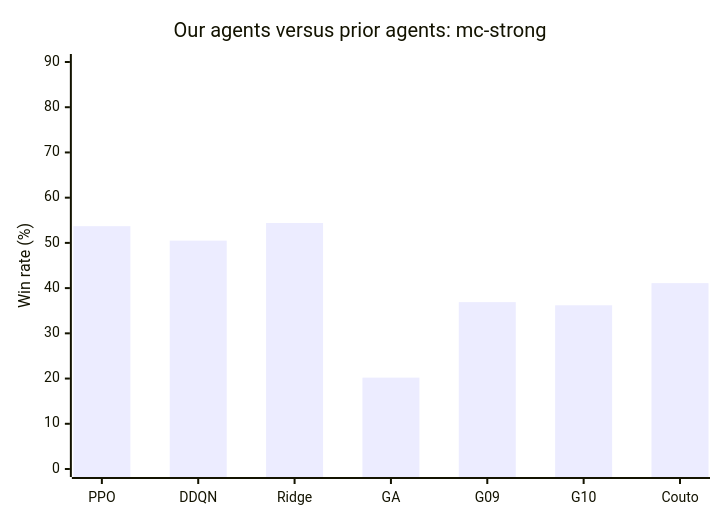
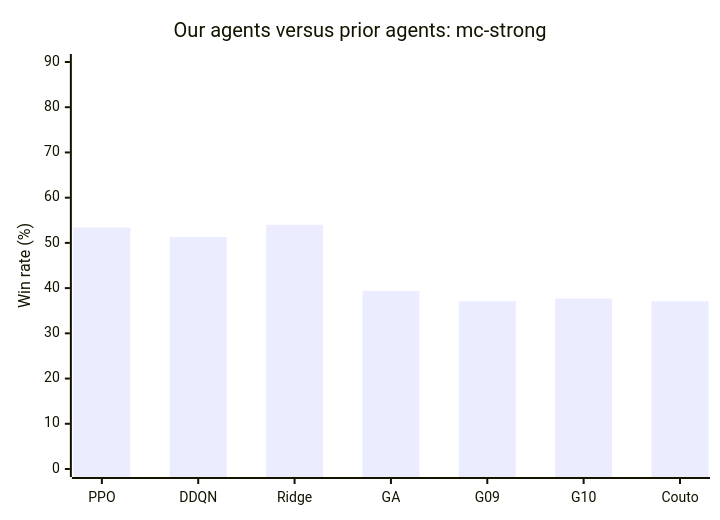
The second of 4 diagrams in README.md (BrianHuangNTUCSIE/cant-stop-rl), drawn with Mermaid before and after one commit. The commit also changed other lines of this file and 60 other files, not shown here.

````diff
--- a/README.md
+++ b/README.md
@@ -55,7 +66,7 @@
 ```mermaid
 xychart-beta
     title "Our agents versus prior agents: mc-strong"
     x-axis [PPO, DDQN, Ridge, GA, G09, G10, Couto]
     y-axis "Win rate (%)" 0 --> 90
-    bar [53.7, 50.5, 54.4, 20.2, 36.9, 36.2, 41.1]
+    bar [53.4, 51.3, 54.0, 39.4, 37.1, 37.7, 37.1]
 ```
````
